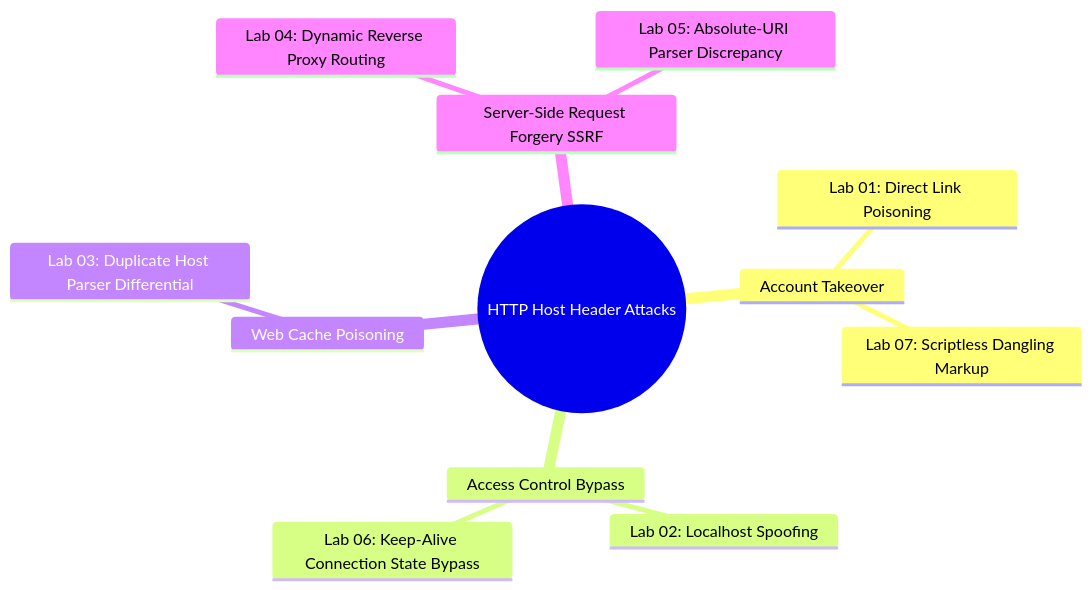
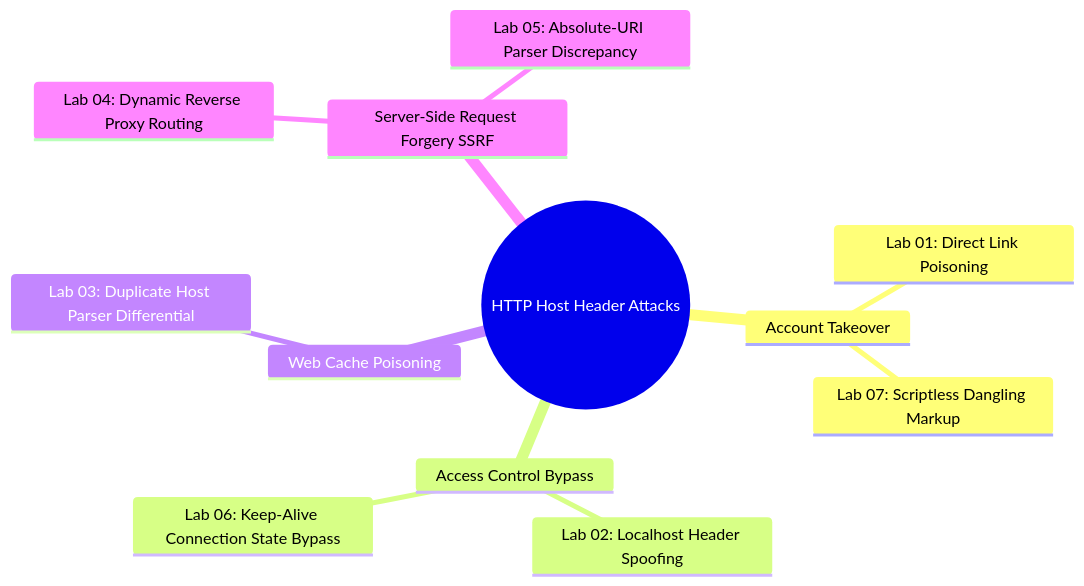
One commit to k0z1l/k0z1l.github.io changed the third of 4 diagrams in content/writeups/portswigger-http-host-header-attack/_index.md. Above: the diagram before and after it, drawn with Mermaid. The commit also changed other lines of this file, not shown here.

Commit message:
docs(series): translate and refine host header master synthesis in English

````diff
--- a/content/writeups/portswigger-http-host-header-attack/_index.md
+++ b/content/writeups/portswigger-http-host-header-attack/_index.md
@@ -167,15 +176,15 @@
 ```mermaid
 mindmap
   root((HTTP Host Header Attacks))
     Account Takeover
       Lab 01: Direct Link Poisoning
       Lab 07: Scriptless Dangling Markup
     Access Control Bypass
-      Lab 02: Localhost Spoofing
+      Lab 02: Localhost Header Spoofing
       Lab 06: Keep-Alive Connection State Bypass
     Web Cache Poisoning
       Lab 03: Duplicate Host Parser Differential
     Server-Side Request Forgery SSRF
       Lab 04: Dynamic Reverse Proxy Routing
       Lab 05: Absolute-URI Parser Discrepancy
 ```
````
